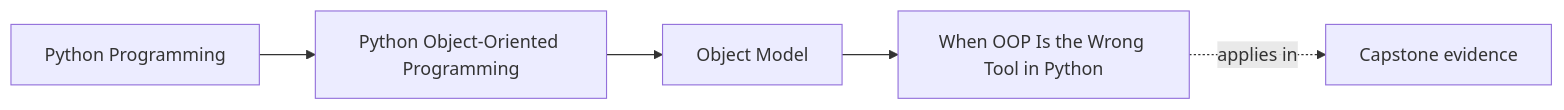
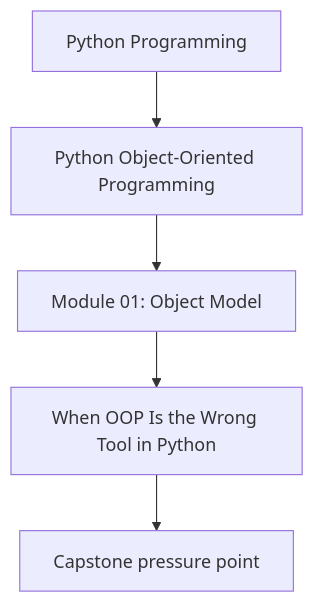
Before and after one commit to bijux/bijux-masterclass: the first of 2 diagrams in programs/python-programming/python-object-oriented-programming/course-book/module-01-object-model/when-classes-are-the-wrong-tool.md, drawn with Mermaid. The commit also changed other lines of this file and 107 other files, not shown here.

Commit message:
docs(python-object-oriented-programming): align concept page diagrams

````diff
--- a/programs/python-programming/python-object-oriented-programming/course-book/module-01-object-model/when-classes-are-the-wrong-tool.md
+++ b/programs/python-programming/python-object-oriented-programming/course-book/module-01-object-model/when-classes-are-the-wrong-tool.md
@@ -7,11 +7,7 @@
 ```mermaid
-graph LR
-  family["Python Programming"]
-  program["Python Object-Oriented Programming"]
-  section["Object Model"]
-  page["When OOP Is the Wrong Tool in Python"]
-  capstone["Capstone evidence"]
-
-  family --> program --> section --> page
-  page -.applies in.-> capstone
+flowchart TD
+  family["Python Programming"] --> program["Python Object-Oriented Programming"]
+  program --> module["Module 01: Object Model"]
+  module --> concept["When OOP Is the Wrong Tool in Python"]
+  concept --> capstone["Capstone pressure point"]
 ```
````
